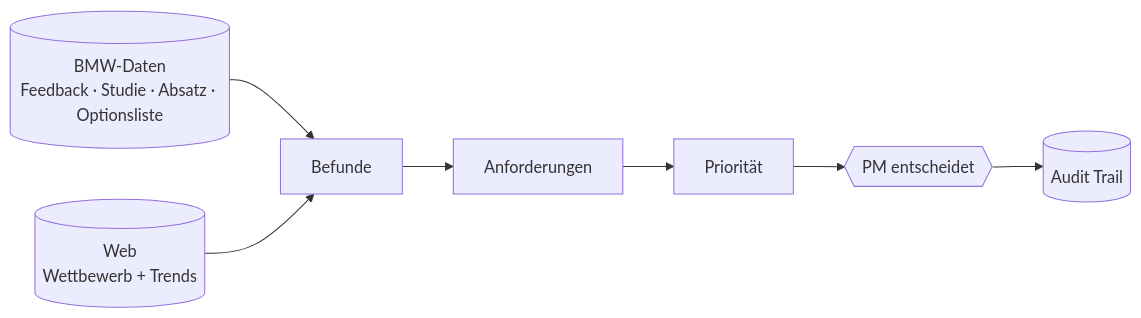
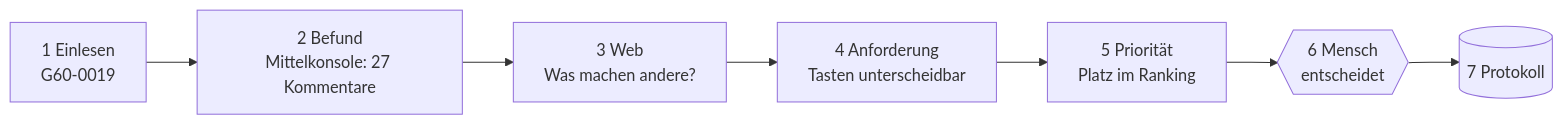
One commit to PiyushPapaya/TUMHackathon26 changed the diagram in docs/01_projekt.md. Above: the diagram before and after it, drawn with Mermaid. The commit also changed other lines of this file and 11 other files, not shown here.

````diff
--- a/docs/01_projekt.md
+++ b/docs/01_projekt.md
@@ -16,9 +21,4 @@
 ```mermaid
 flowchart LR
-  D[("BMW-Daten<br/>Feedback · Studie · Absatz · Optionsliste")] --> S[Befunde]
-  W[("Web<br/>Wettbewerb + Trends")] --> S
-  S --> R[Anforderungen]
-  R --> P[Priorität]
-  P --> PM{{"PM entscheidet"}}
-  PM --> A[("Audit Trail")]
+  A["1 Einlesen<br/>G60-0019"] --> B["2 Befund<br/>Mittelkonsole: 27 Kommentare"] --> C["3 Web<br/>Was machen andere?"] --> D["4 Anforderung<br/>Tasten unterscheidbar"] --> E["5 Priorität<br/>Platz im Ranking"] --> F{{"6 Mensch<br/>entscheidet"}} --> G[("7 Protokoll")]
 ```
````
